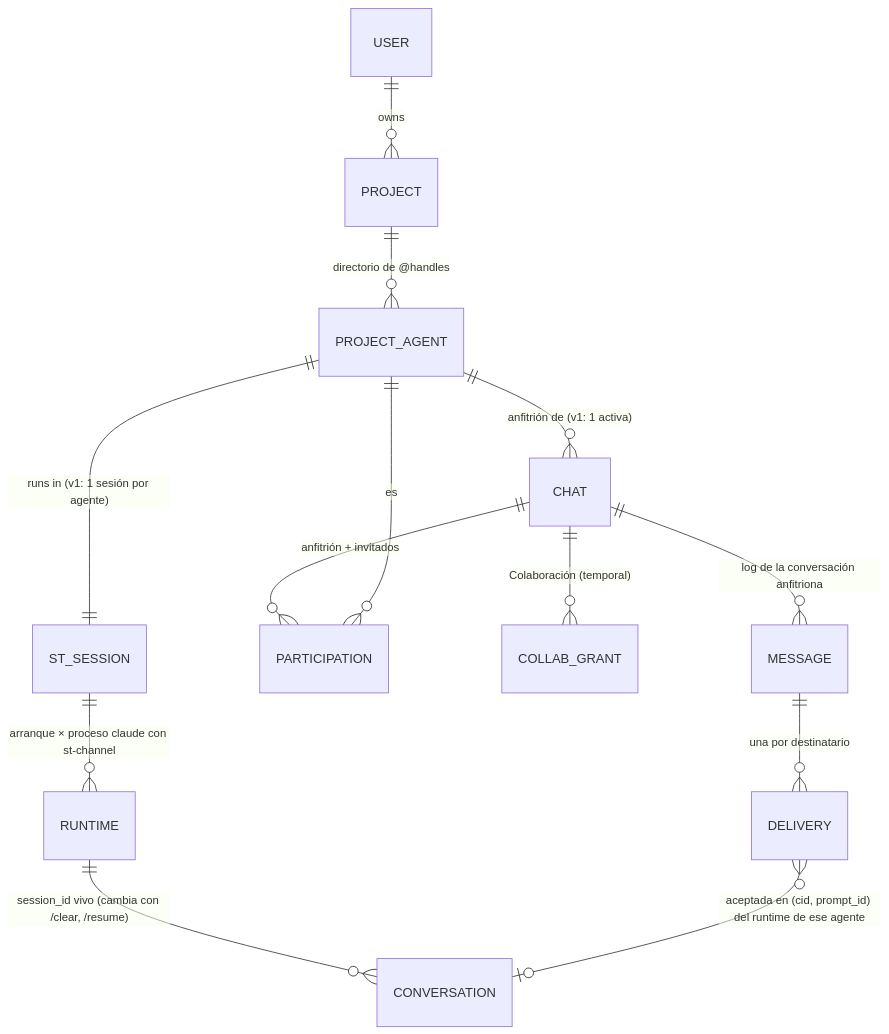
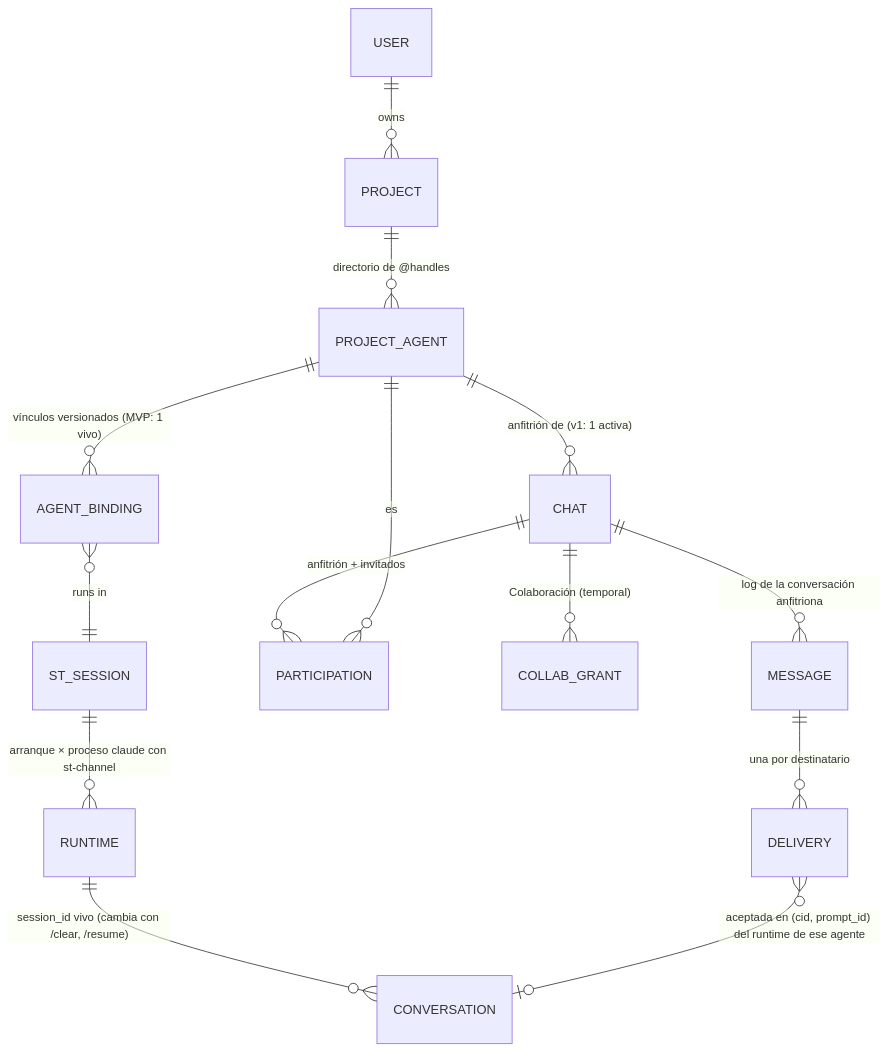
Before and after one commit to gatof81/shared-terminal: the second of 3 diagrams in docs/design/project-chat/02-architecture-rfc.md, drawn with Mermaid. The commit also changed other lines of this file and 4 other files, not shown here.

First line of the commit message:
docs(design): record TD1–TD11 and AD1–AD12 as approved architecture; agent_bindings in the protocol

````diff
--- a/docs/design/project-chat/02-architecture-rfc.md
+++ b/docs/design/project-chat/02-architecture-rfc.md
@@ -185,15 +185,16 @@
 ```mermaid
 erDiagram
   USER ||--o{ PROJECT : owns
   PROJECT ||--o{ PROJECT_AGENT : "directorio de @handles"
-  PROJECT_AGENT ||--|| ST_SESSION : "runs in (v1: 1 sesión por agente)"
+  PROJECT_AGENT ||--o{ AGENT_BINDING : "vínculos versionados (MVP: 1 vivo)"
+  AGENT_BINDING }o--|| ST_SESSION : "runs in"
   PROJECT_AGENT ||--o{ CHAT : "anfitrión de (v1: 1 activa)"
   CHAT ||--o{ PARTICIPATION : "anfitrión + invitados"
   PARTICIPATION }o--|| PROJECT_AGENT : es
   CHAT ||--o{ COLLAB_GRANT : "Colaboración (temporal)"
   ST_SESSION ||--o{ RUNTIME : "arranque × proceso claude con st-channel"
   RUNTIME ||--o{ CONVERSATION : "session_id vivo (cambia con /clear, /resume)"
   CHAT ||--o{ MESSAGE : "log de la conversación anfitriona"
   MESSAGE ||--o{ DELIVERY : "una por destinatario"
   DELIVERY }o--o| CONVERSATION : "aceptada en (cid, prompt_id) del runtime de ese agente"
 ```
````
